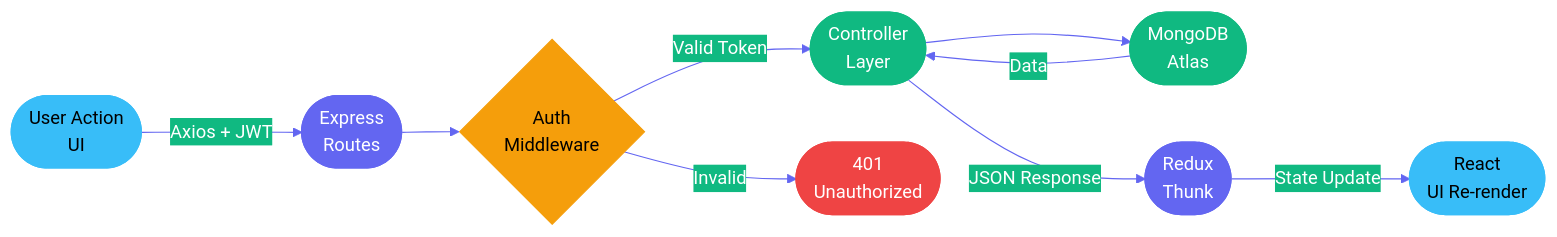
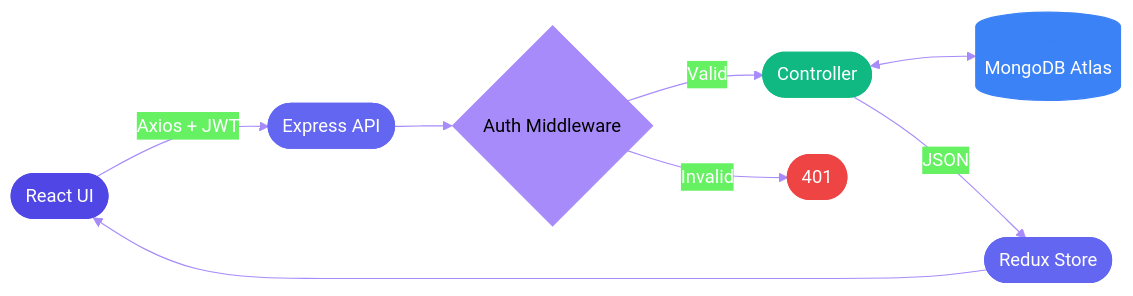
The diagram in README.md (mananjani2102/SafarSathi), drawn with Mermaid before and after one commit. The commit also changed other lines of this file, not shown here.

````diff
--- a/README.md
+++ b/README.md
@@ -363,21 +98,19 @@
 ```mermaid
-%%{init: {'theme':'base','themeVariables':{'primaryColor':'#38BDF8','primaryTextColor':'#ffffff','primaryBorderColor':'#38BDF8','lineColor':'#6366F1','secondaryColor':'#10B981','tertiaryColor':'#F59E0B','background':'#0a0a0a'}}}%%
+%%{init: {'theme':'base','themeVariables':{'primaryColor':'#6366F1','primaryTextColor':'#fff','lineColor':'#a78bfa','background':'#0f172a'}}}%%
 flowchart LR
-    A([User Action\nUI]) -->|Axios + JWT| B([Express\nRoutes])
-    B --> C{Auth\nMiddleware}
-    C -->|Valid Token| D([Controller\nLayer])
-    C -->|Invalid| E([401\nUnauthorized])
-    D --> F([MongoDB\nAtlas])
-    F -->|Data| D
-    D -->|JSON Response| G([Redux\nThunk])
-    G -->|State Update| H([React\nUI Re-render])
+    A([React UI]) -->|Axios + JWT| B([Express API])
+    B --> C{Auth Middleware}
+    C -->|Valid| D([Controller])
+    C -->|Invalid| E([401])
+    D <--> F[(MongoDB Atlas)]
+    D -->|JSON| G([Redux Store])
+    G --> A
 
-    style A fill:#38BDF8,stroke:#38BDF8,color:#000
+    style A fill:#4f46e5,stroke:#4f46e5,color:#fff
     style B fill:#6366F1,stroke:#6366F1,color:#fff
-    style C fill:#F59E0B,stroke:#F59E0B,color:#000
+    style C fill:#a78bfa,stroke:#a78bfa,color:#000
     style D fill:#10B981,stroke:#10B981,color:#fff
     style E fill:#EF4444,stroke:#EF4444,color:#fff
-    style F fill:#10B981,stroke:#10B981,color:#fff
+    style F fill:#3b82f6,stroke:#3b82f6,color:#fff
     style G fill:#6366F1,stroke:#6366F1,color:#fff
-    style H fill:#38BDF8,stroke:#38BDF8,color:#000
 ```
````
